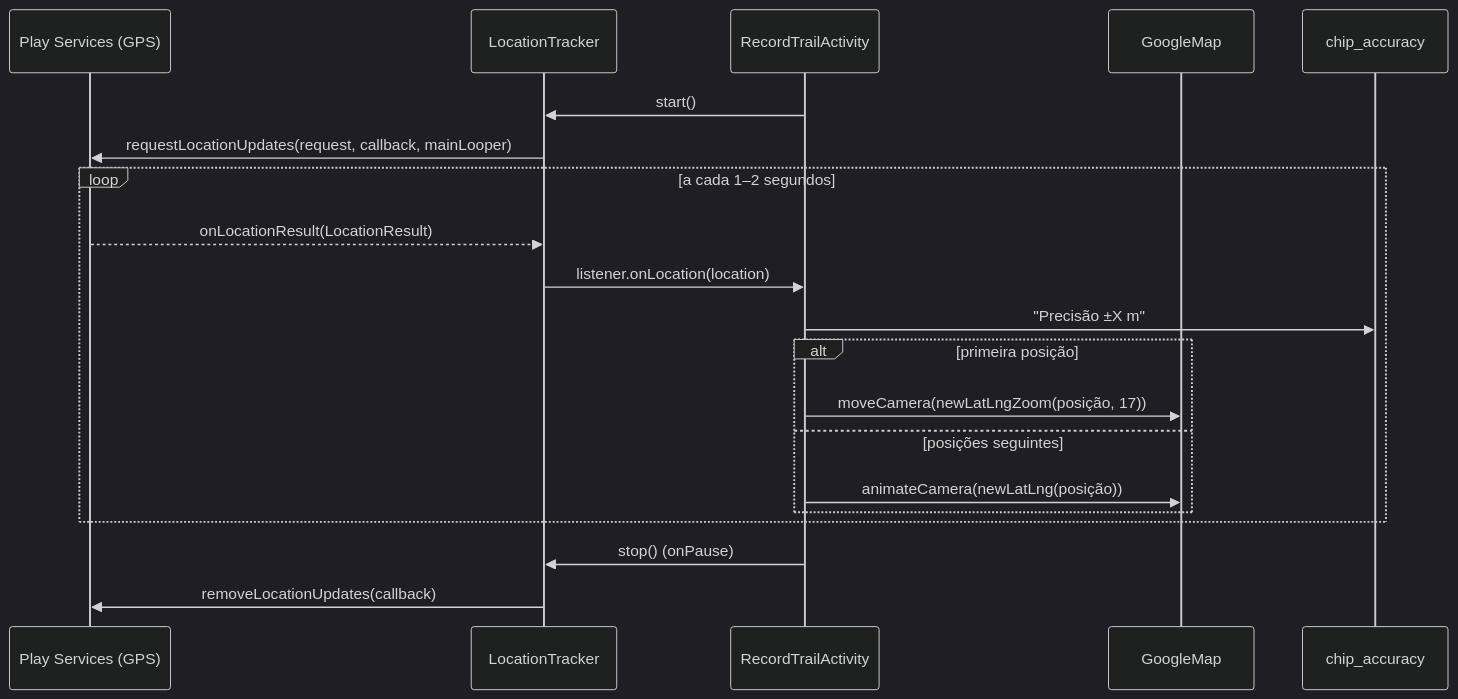
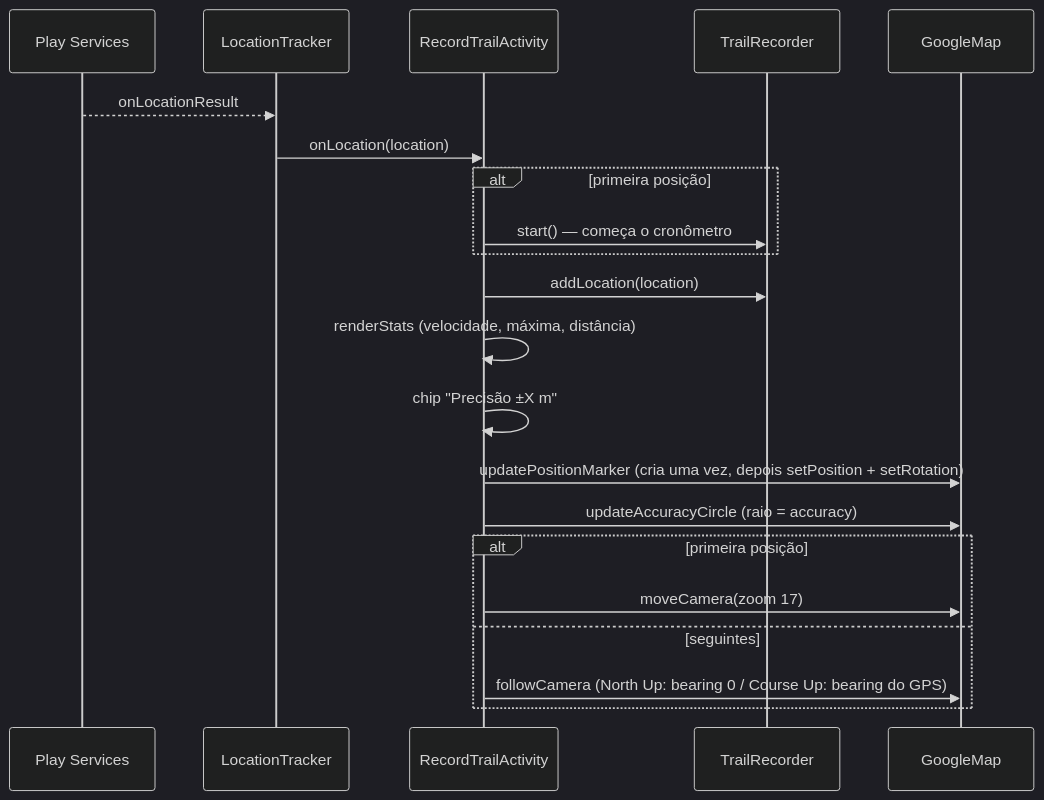
Before and after one commit to ReynanFC/Sistema-Gerenciador-de-Trilha---Mobile: the third of 7 diagrams in docs/registrar-trilha.md, drawn with Mermaid (dark theme). The commit also changed other lines of this file and 6 other files, not shown here.

First line of the commit message:
docs: README, architecture, per-screen flows and defense guide (#43)

````diff
--- a/docs/registrar-trilha.md
+++ b/docs/registrar-trilha.md
@@ -146,23 +102,24 @@
 ```mermaid
 sequenceDiagram
-    participant PS as Play Services (GPS)
+    participant PS as Play Services
     participant LT as LocationTracker
     participant A as RecordTrailActivity
+    participant TR as TrailRecorder
     participant M as GoogleMap
-    participant C as chip_accuracy
 
-    A->>LT: start()
-    LT->>PS: requestLocationUpdates(request, callback, mainLooper)
-    loop a cada 1–2 segundos
-        PS-->>LT: onLocationResult(LocationResult)
-        LT->>A: listener.onLocation(location)
-        A->>C: "Precisão ±X m"
-        alt primeira posição
-            A->>M: moveCamera(newLatLngZoom(posição, 17))
-        else posições seguintes
-            A->>M: animateCamera(newLatLng(posição))
-        end
+    PS-->>LT: onLocationResult
+    LT->>A: onLocation(location)
+    alt primeira posição
+        A->>TR: start() — começa o cronômetro
     end
-    A->>LT: stop() (onPause)
-    LT->>PS: removeLocationUpdates(callback)
+    A->>TR: addLocation(location)
+    A->>A: renderStats (velocidade, máxima, distância)
+    A->>A: chip "Precisão ±X m"
+    A->>M: updatePositionMarker (cria uma vez, depois setPosition + setRotation)
+    A->>M: updateAccuracyCircle (raio = accuracy)
+    alt primeira posição
+        A->>M: moveCamera(zoom 17)
+    else seguintes
+        A->>M: followCamera (North Up: bearing 0 / Course Up: bearing do GPS)
+    end
 ```
````
